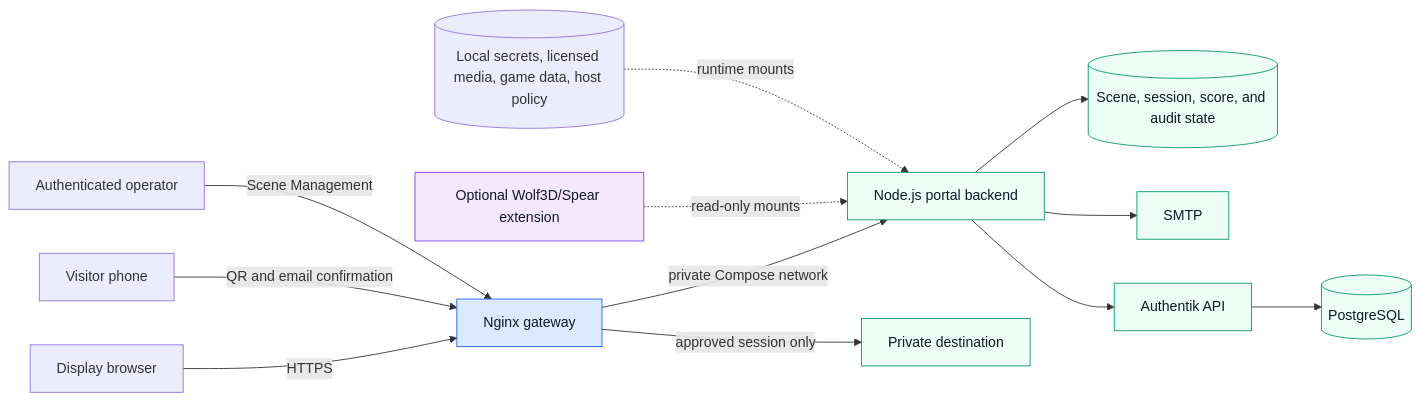
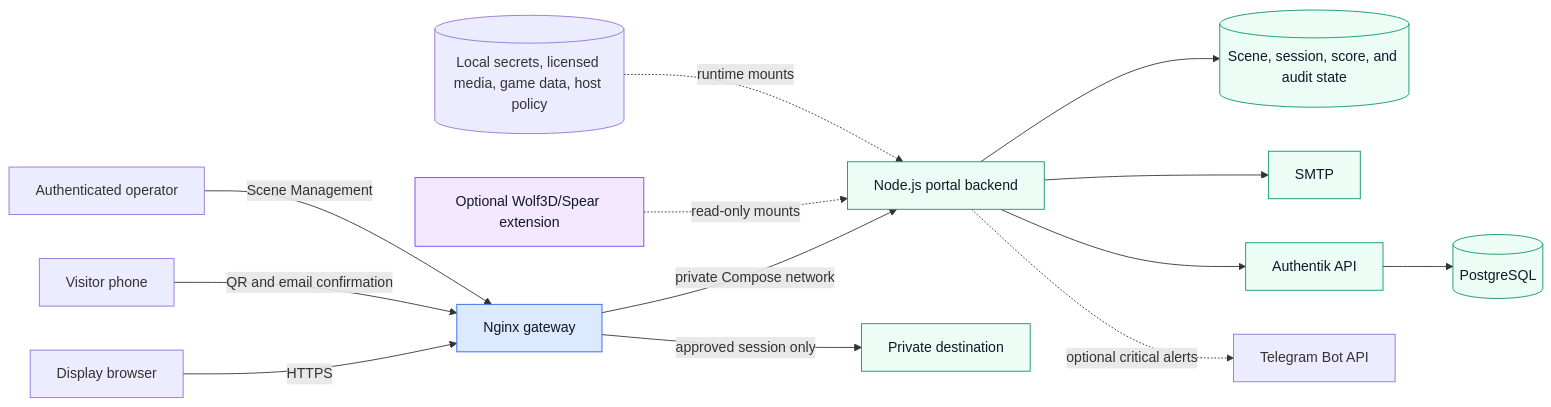
The first of 3 diagrams in README.md (zipkindev/scene-access-platform), drawn with Mermaid before and after one commit. The commit also changed other lines of this file, not shown here.

Commit message:
Integrate Telegram security alerting

````diff
--- a/README.md
+++ b/README.md
@@ -60,24 +65,25 @@
 ```mermaid
 flowchart LR
     Display[Display browser] -->|HTTPS| Edge[Nginx gateway]
     Phone[Visitor phone] -->|QR and email confirmation| Edge
     Operator[Authenticated operator] -->|Scene Management| Edge
 
     Edge -->|private Compose network| Backend[Node.js portal backend]
     Edge -->|approved session only| Service[Private destination]
 
     Backend --> State[(Scene, session, score, and audit state)]
     Backend --> Mail[SMTP]
     Backend --> Identity[Authentik API]
+    Backend -. optional critical alerts .-> Telegram[Telegram Bot API]
     Identity --> Postgres[(PostgreSQL)]
 
     Wolf[Optional Wolf3D/Spear extension] -. read-only mounts .-> Backend
     Local[(Local secrets, licensed media, game data, host policy)] -. runtime mounts .-> Backend
 
     classDef edge fill:#dbeafe,stroke:#2563eb,color:#111827
     classDef private fill:#ecfdf5,stroke:#059669,color:#111827
     classDef optional fill:#f3e8ff,stroke:#7c3aed,color:#111827
     class Edge edge
     class Backend,State,Mail,Identity,Postgres,Service private
     class Wolf optional
 ```
````
